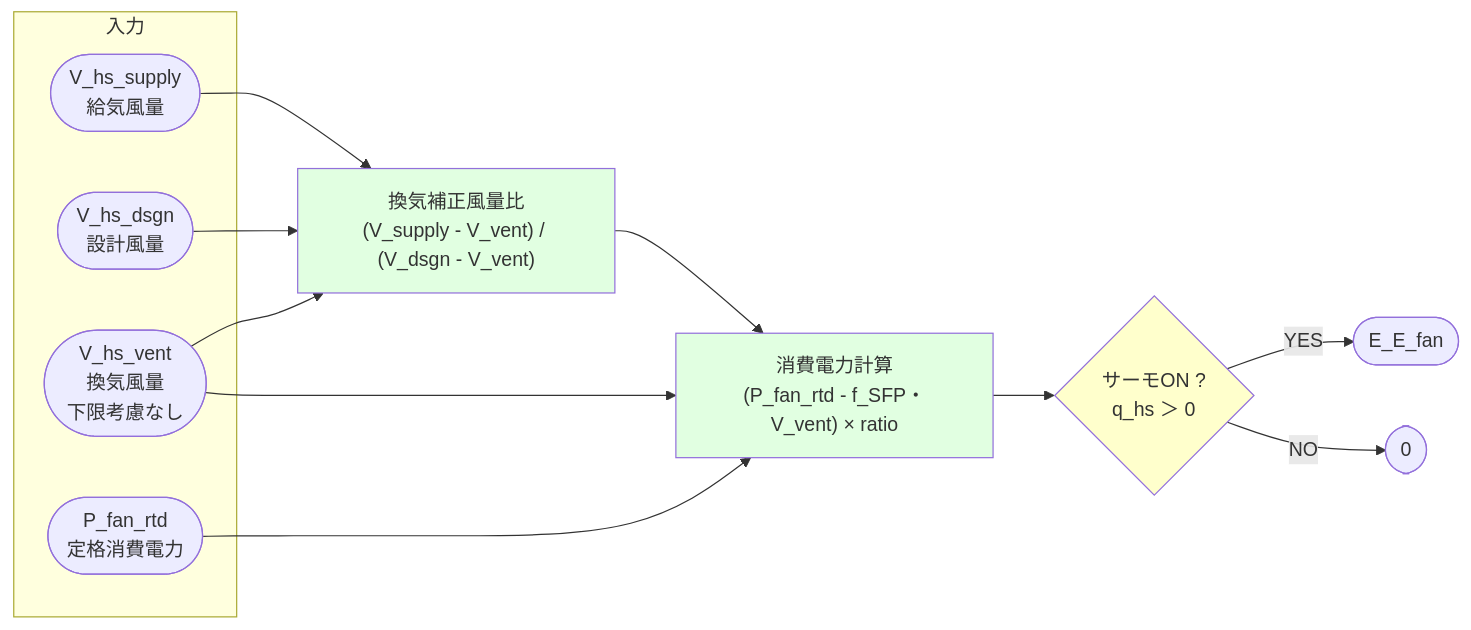
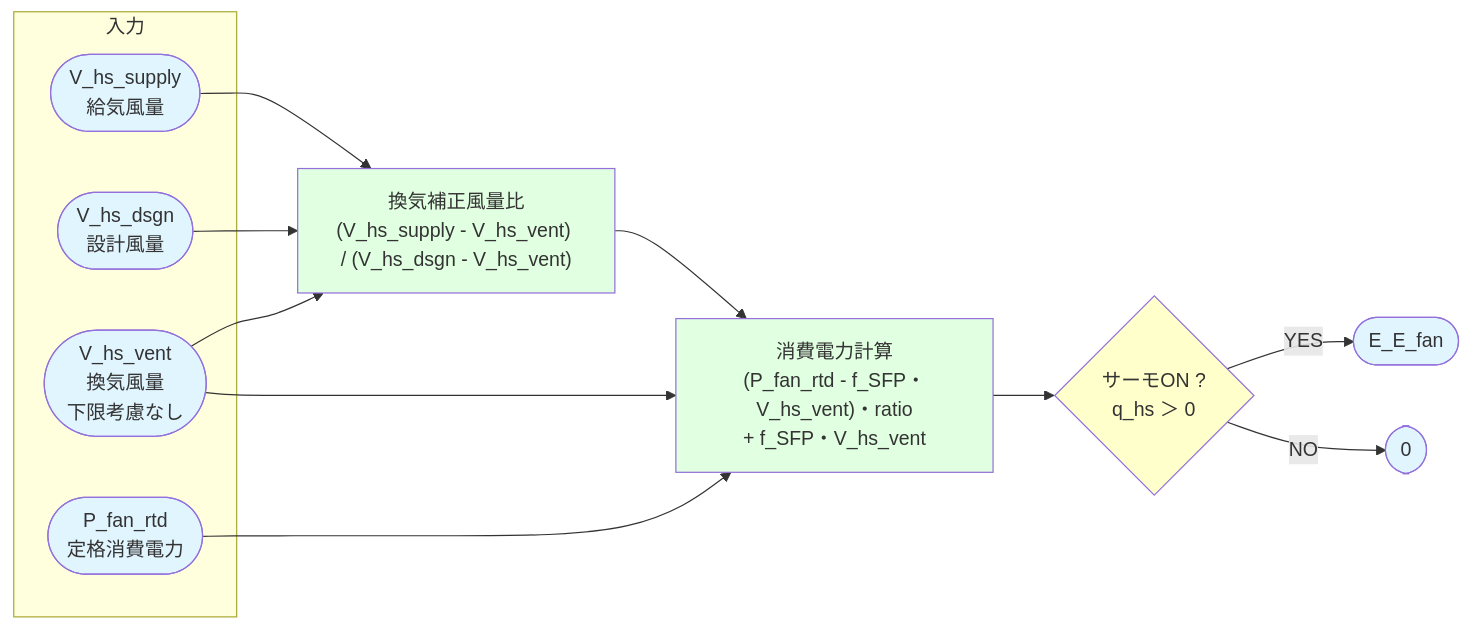
One commit to iguchi-lab/Verification-Platform-Next changed the fifth of 8 diagrams in docs/最低風量_最低電力_直接入力.md. Above: the diagram before and after it, drawn with Mermaid. The commit also changed other lines of this file, not shown here.

````diff
--- a/docs/最低風量_最低電力_直接入力.md
+++ b/docs/最低風量_最低電力_直接入力.md
@@ -169,26 +181,28 @@
 ```mermaid
 flowchart LR
 
 subgraph 入力
     V(["V_hs_supply<br/>給気風量"])
     V_dsgn(["V_hs_dsgn<br/>設計風量"])
     V_vent(["V_hs_vent<br/>換気風量<br/>下限考慮なし"])
     P(["P_fan_rtd<br/>定格消費電力"])
 end
 
-V --> Ratio["換気補正風量比<br/>(V_supply - V_vent) / (V_dsgn - V_vent)"]
-V_dsgn --> Ratio
-V_vent --> Ratio
+V & V_dsgn & V_vent --> Ratio["換気補正風量比<br/>(V_hs_supply - V_hs_vent) / (V_hs_dsgn - V_hs_vent)"]
 
-Ratio --> Power["消費電力計算<br/>(P_fan_rtd - f_SFP・V_vent) × ratio"]
-P --> Power
-V_vent --> Power
+Ratio & P & V_vent --> Power["消費電力計算<br/>(P_fan_rtd - f_SFP・V_hs_vent)・ratio</br>+ f_SFP・V_hs_vent"]
 
 Power --> Check{サーモON ?<br/>q_hs ＞ 0}
 Check -->|YES| Result(["E_E_fan"])
 Check -->|NO| Zero([0])
 
+style V fill:#e1f5ff
+style V_dsgn fill:#e1f5ff
+style V_vent fill:#e1f5ff
+style P fill:#e1f5ff
 style Ratio fill:#e1ffe1
 style Power fill:#e1ffe1
 style Check fill:#ffffcc
+style Result fill:#e1f5ff
+style Zero fill:#e1f5ff
 ```
````
